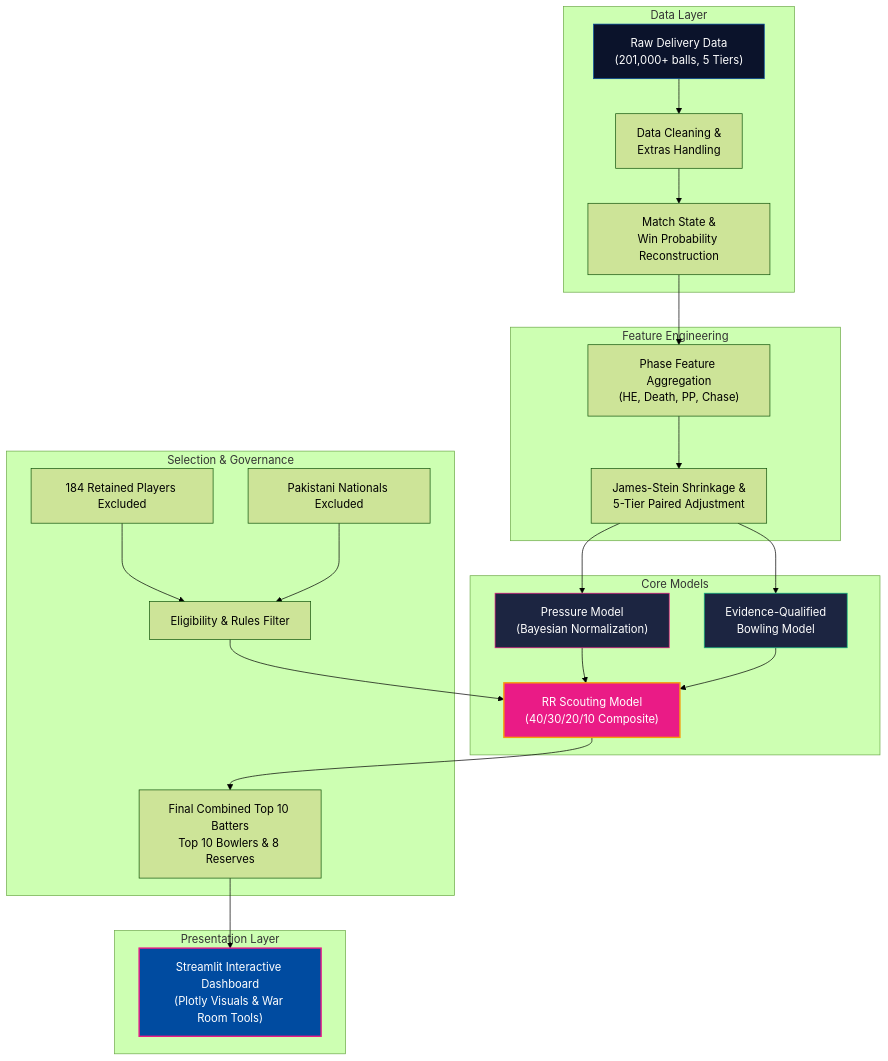
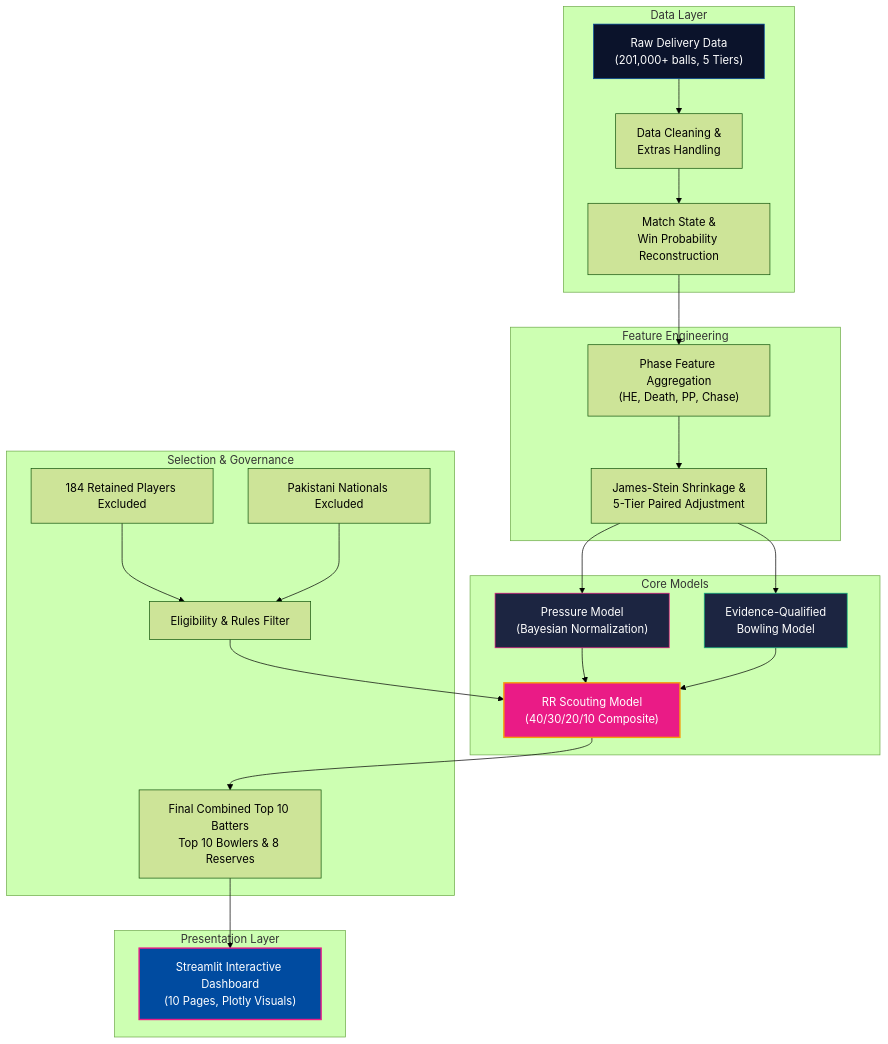
The diagram in README.md (kapil31jangid/SupeRR-Selector), drawn with Mermaid (forest theme) before and after one commit. The commit also changed other lines of this file, not shown here.

Commit message:
Update README: fix clone URL, deployment link, document all 10 pages, clarify 311 vs 664, correct paths

````diff
--- a/README.md
+++ b/README.md
@@ -28,36 +29,36 @@
 ```mermaid
 flowchart TD
     subgraph Data Layer
         RAW["Raw Delivery Data<br/>(201,000+ balls, 5 Tiers)"] --> CLEAN["Data Cleaning &<br/>Extras Handling"]
         CLEAN --> STATE["Match State &<br/>Win Probability Reconstruction"]
     end
 
     subgraph Feature Engineering
         STATE --> FEAT["Phase Feature Aggregation<br/>(HE, Death, PP, Chase)"]
         FEAT --> SHRUNK["James-Stein Shrinkage &<br/>5-Tier Paired Adjustment"]
     end
 
     subgraph Core Models
         SHRUNK --> PM["Pressure Model<br/>(Bayesian Normalization)"]
         SHRUNK --> EQ["Evidence-Qualified<br/>Bowling Model"]
         PM --> RR["RR Scouting Model<br/>(40/30/20/10 Composite)"]
         EQ --> RR
     end
 
     subgraph Selection & Governance
         RETAIN["184 Retained Players Excluded"] --> ELIG["Eligibility & Rules Filter"]
         PAK["Pakistani Nationals Excluded"] --> ELIG
         ELIG --> RR
         RR --> SHORT["Final Combined Top 10 Batters<br/>Top 10 Bowlers & 8 Reserves"]
     end
 
     subgraph Presentation Layer
-        SHORT --> DASH["Streamlit Interactive Dashboard<br/>(Plotly Visuals & War Room Tools)"]
+        SHORT --> DASH["Streamlit Interactive Dashboard<br/>(10 Pages, Plotly Visuals)"]
     end
 
     style RAW fill:#0B132B,stroke:#004BA0,color:#fff
     style PM fill:#1C2541,stroke:#EA1B86,color:#fff
     style EQ fill:#1C2541,stroke:#10B981,color:#fff
     style RR fill:#EA1B86,stroke:#F59E0B,stroke-width:2px,color:#fff
     style DASH fill:#004BA0,stroke:#EA1B86,stroke-width:2px,color:#fff
 ```
````
